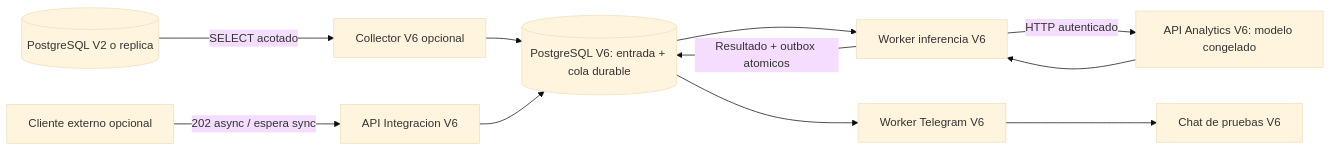
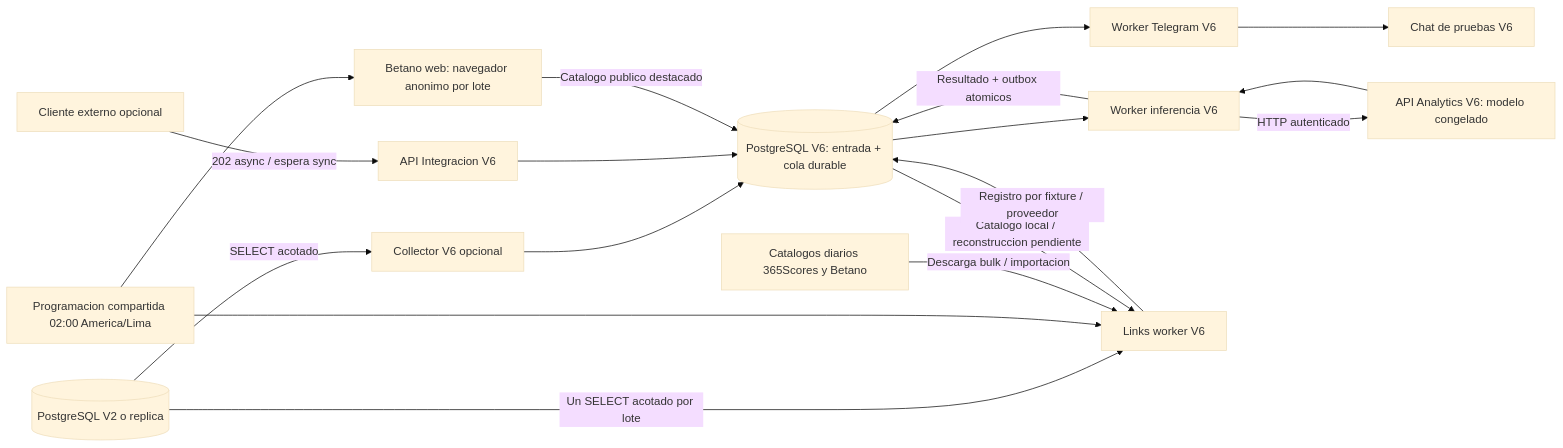
One commit to soportesportedge/SportEdgeIntegracionAnalytics_V6 changed the diagram in docs/ARCHITECTURE.md. Above: the diagram before and after it, drawn with Mermaid (base theme). The commit also changed other lines of this file and 18 other files, not shown here.

Commit message:
Add isolated 2am fixture catalogues and Telegram match links

````diff
--- a/docs/ARCHITECTURE.md
+++ b/docs/ARCHITECTURE.md
@@ -3,13 +3,20 @@
 ```mermaid
 flowchart LR
   S[(PostgreSQL V2 o replica)] -->|SELECT acotado| C[Collector V6 opcional]
   E[Cliente externo opcional] -->|202 async / espera sync| I[API Integracion V6]
   C --> Q[(PostgreSQL V6: entrada + cola durable)]
   I --> Q
   Q --> W[Worker inferencia V6]
   W -->|HTTP autenticado| M[API Analytics V6: modelo congelado]
   M --> W
   W -->|Resultado + outbox atomicos| Q
   Q --> T[Worker Telegram V6]
+  S -->|Un SELECT acotado por lote| L[Links worker V6]
+  D[Programacion compartida 02:00 America/Lima] --> L
+  D --> B
+  P[Catalogos diarios 365Scores y Betano] -->|Descarga bulk / importacion| L
+  B[Betano web: navegador anonimo por lote] -->|Catalogo publico destacado| Q
+  Q -->|Catalogo local / reconstruccion pendiente| L
+  L -->|Registro por fixture / proveedor| Q
   T --> G[Chat de pruebas V6]
 ```
````
